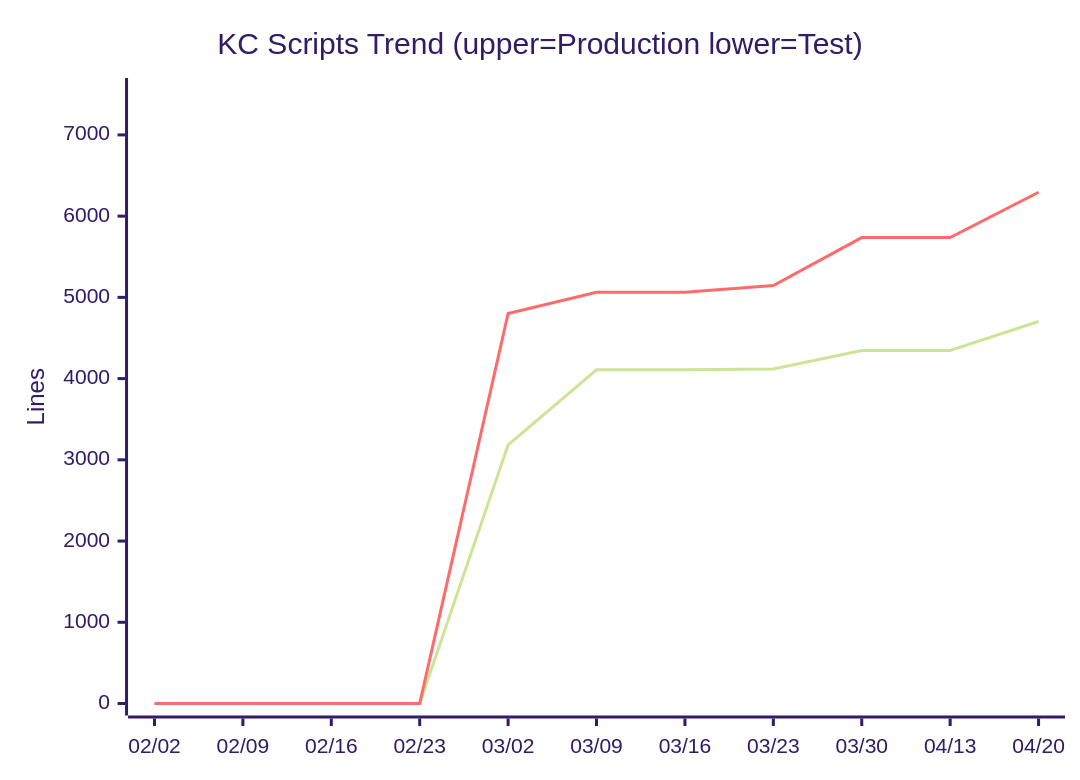
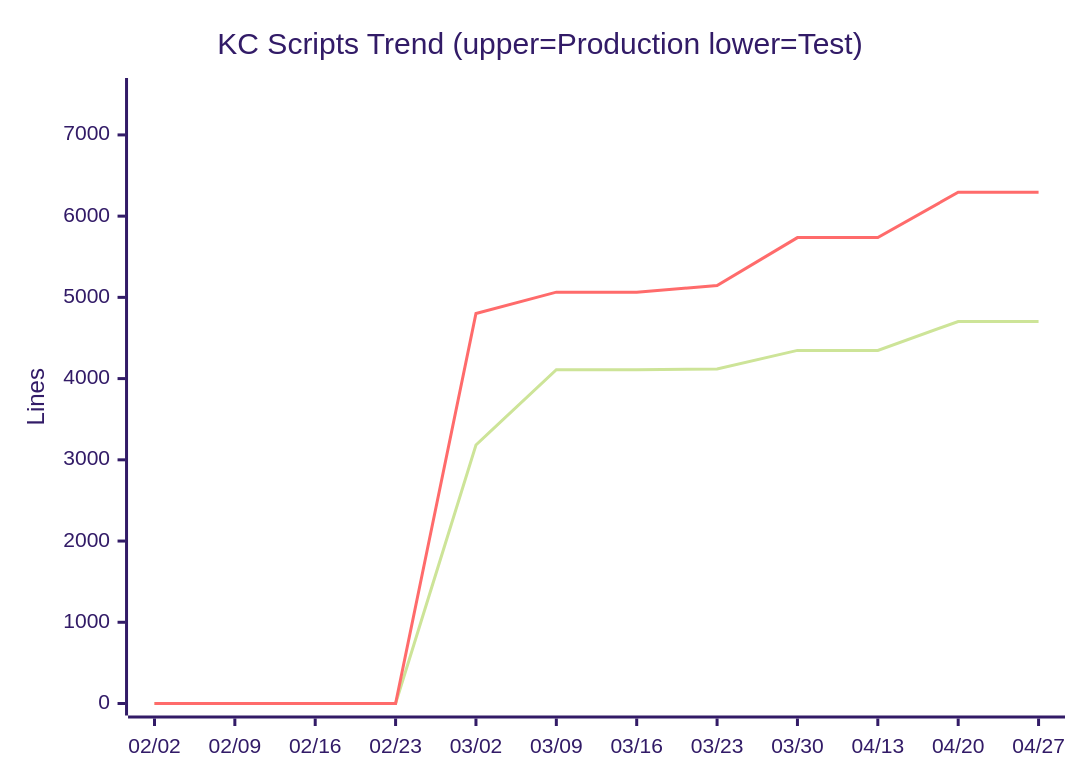
Diagram 11 of 14 in docs/metrics.md (nablarch/nabledge-dev), drawn with Mermaid (forest theme) before and after one commit. The commit also changed other lines of this file and 2 other files, not shown here.

````diff
--- a/docs/metrics.md
+++ b/docs/metrics.md
@@ -144,8 +144,8 @@
 ```mermaid
 xychart-beta
   title "KC Scripts Trend (upper=Production  lower=Test)"
-  x-axis ["02/02", "02/09", "02/16", "02/23", "03/02", "03/09", "03/16", "03/23", "03/30", "04/13", "04/20"]
+  x-axis ["02/02", "02/09", "02/16", "02/23", "03/02", "03/09", "03/16", "03/23", "03/30", "04/13", "04/20", "04/27"]
   y-axis "Lines" 0 --> 7553
-  line [0, 0, 0, 0, 3183, 4109, 4109, 4119, 4347, 4347, 4703]
-  line [0, 0, 0, 0, 4802, 5064, 5064, 5145, 5736, 5736, 6294]
+  line [0, 0, 0, 0, 3183, 4109, 4109, 4119, 4347, 4347, 4703, 4703]
+  line [0, 0, 0, 0, 4802, 5064, 5064, 5145, 5736, 5736, 6294, 6294]
 ```
````
